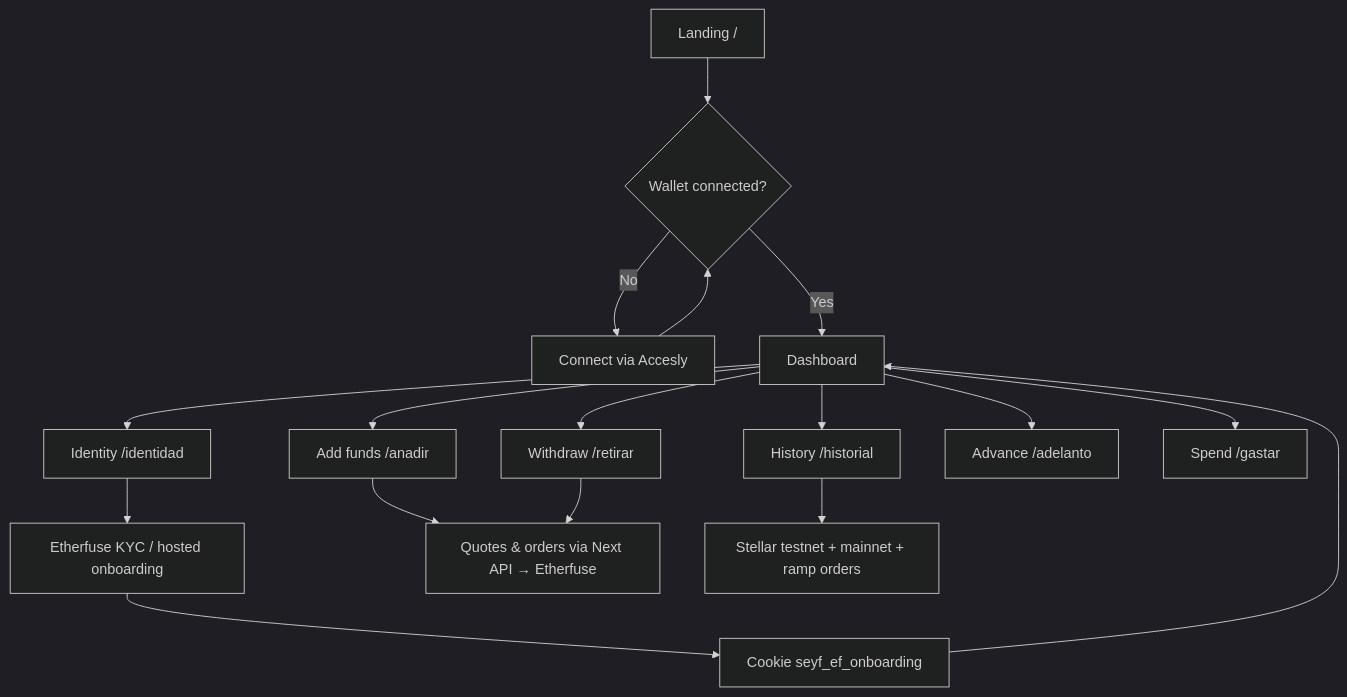
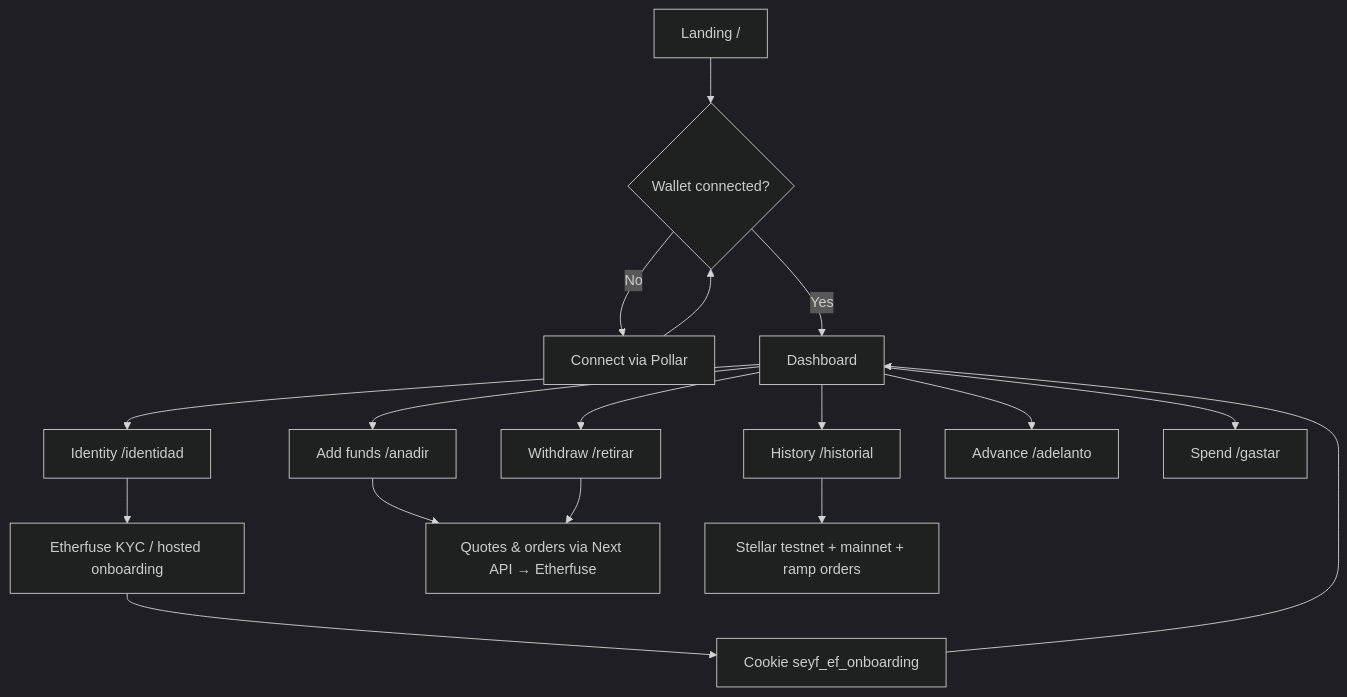
One commit to MarxMad/seyf-app-main-BBJN changed the first of 3 diagrams in README.md. Above: the diagram before and after it, drawn with Mermaid (dark theme). The commit also changed other lines of this file and 21 other files, not shown here.

````diff
--- a/README.md
+++ b/README.md
@@ -36,19 +36,19 @@
 ```mermaid
 flowchart TD
   A[Landing /] --> B{Wallet connected?}
-  B -->|No| C[Connect via Accesly]
+  B -->|No| C[Connect via Pollar]
   C --> B
   B -->|Yes| D[Dashboard]
   D --> E[Identity /identidad]
   E --> F[Etherfuse KYC / hosted onboarding]
   F --> G[Cookie seyf_ef_onboarding]
   G --> D
   D --> H[Add funds /anadir]
   D --> I[Withdraw /retirar]
   D --> J[History /historial]
   D --> K[Advance /adelanto]
   D --> L[Spend /gastar]
   H --> M[Quotes & orders via Next API → Etherfuse]
   I --> M
   J --> N[Stellar testnet + mainnet + ramp orders]
 ```
````
